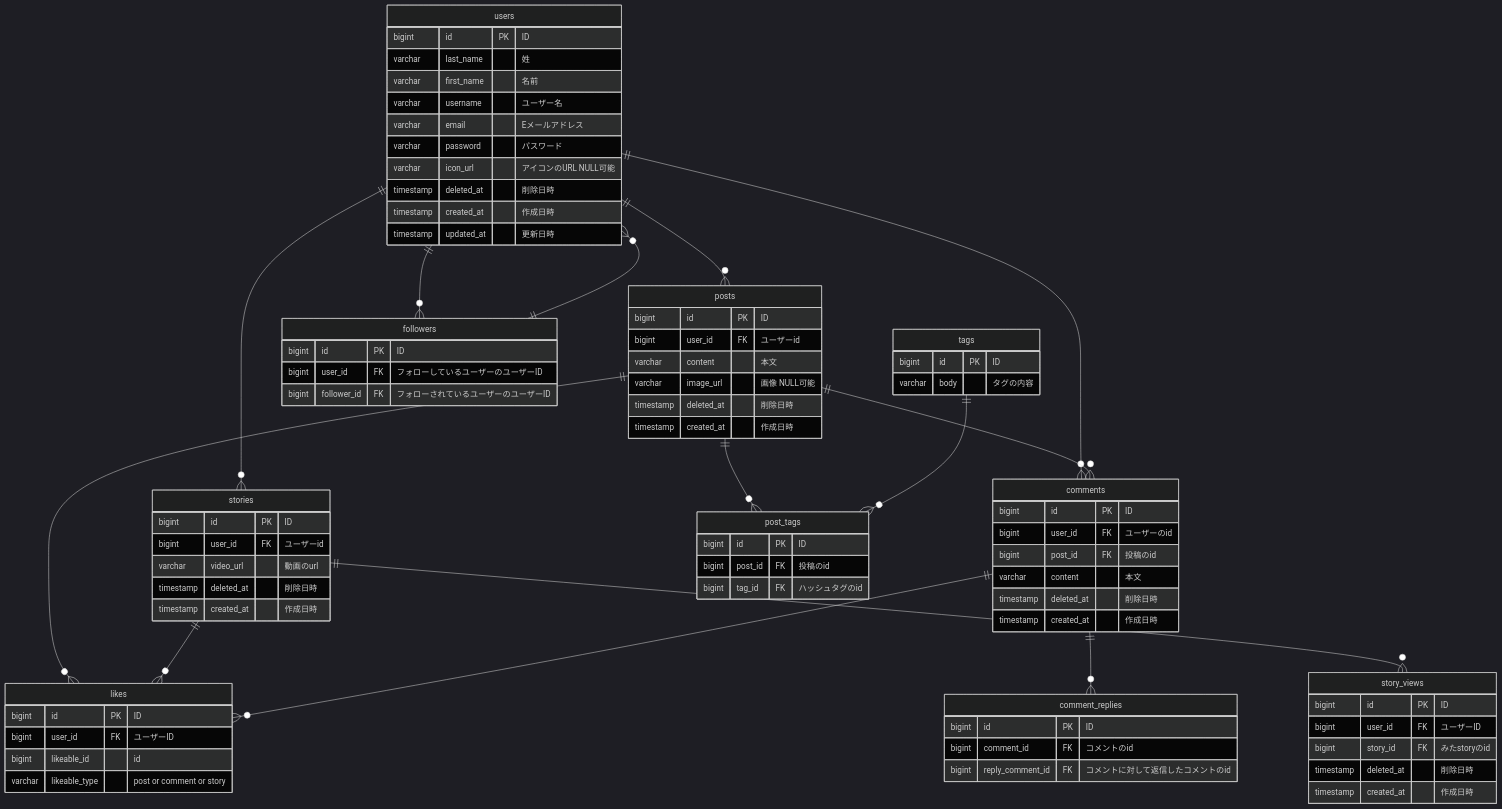
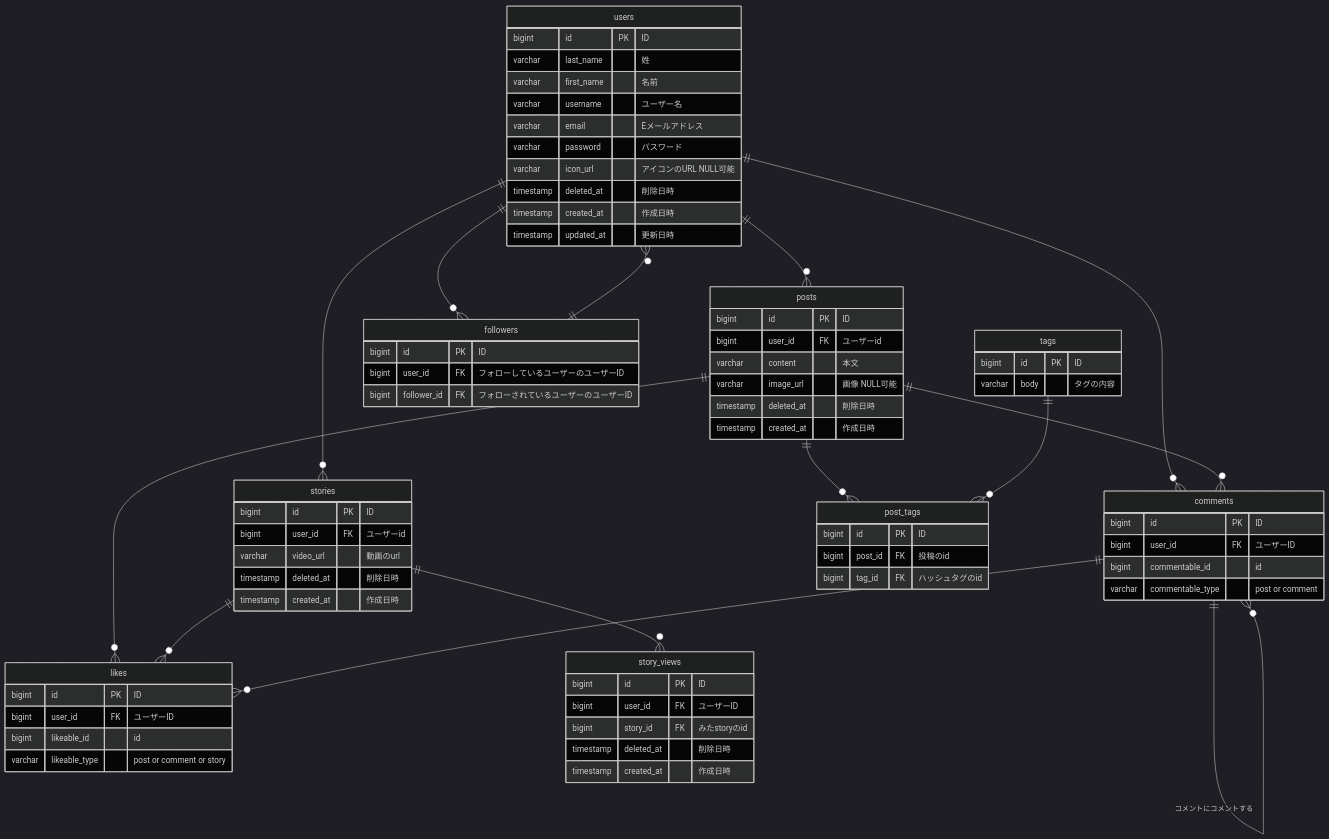
One commit to StoryEdutech/study_repo changed the diagram in kinoshita/pracitce-erd/ER図.md. Above: the diagram before and after it, drawn with Mermaid (dark theme).

Commit message:
コメントをポリモーフィックにする

```diff
--- a/kinoshita/pracitce-erd/ER図.md
+++ b/kinoshita/pracitce-erd/ER図.md
@@ -15,7 +15,7 @@
     stories ||--o{ likes : ""
     comments ||--o{ likes : ""
 
-    comments ||--o{ comment_replies : ""
+    comments ||--o{ comments : "コメントにコメントする"
 
     stories ||--o{ story_views : ""
 
@@ -60,17 +60,9 @@
 
     comments {
       bigint id PK "ID"
-      bigint user_id FK "ユーザーのid"
-      bigint post_id FK "投稿のid"
-      varchar content "本文"
-      timestamp deleted_at "削除日時"
-      timestamp created_at "作成日時"
-    }
-
-    comment_replies {
-      bigint id PK "ID"
-      bigint comment_id FK "コメントのid"
-      bigint reply_comment_id FK "コメントに対して返信したコメントのid"
+      bigint user_id FK "ユーザーID"
+      bigint commentable_id "id"
+      varchar commentable_type "post or comment"
     }
 
     stories {
```
